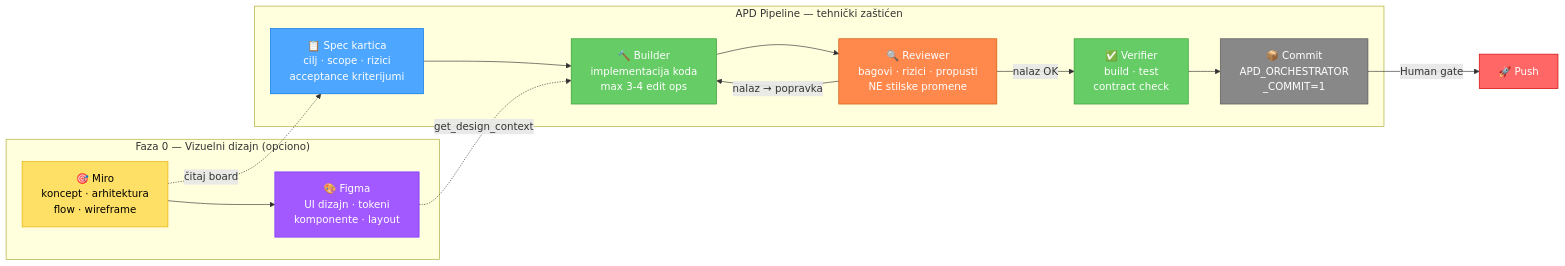
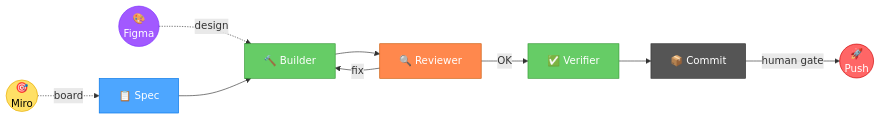
Before and after one commit to zstevovich/claude-apd: the first of 2 diagrams in README.md, drawn with Mermaid. The commit also changed other lines of this file, not shown here.

Commit message:
docs: make Mermaid diagrams more compact and cleaner

````diff
--- a/README.md
+++ b/README.md
@@ -14,35 +14,21 @@
 ```mermaid
 graph LR
-    subgraph "Faza 0 — Vizuelni dizajn (opciono)"
-        MIRO["🎯 Miro<br/>koncept · arhitektura<br/>flow · wireframe"]
-        FIGMA["🎨 Figma<br/>UI dizajn · tokeni<br/>komponente · layout"]
-        MIRO --> FIGMA
-    end
+    MIRO(("🎯<br/>Miro")) -.->|board| SPEC
+    FIGMA(("🎨<br/>Figma")) -.->|design| BUILDER
 
-    subgraph "APD Pipeline — tehnički zaštićen"
-        SPEC["📋 Spec kartica<br/>cilj · scope · rizici<br/>acceptance kriterijumi"]
-        BUILDER["🔨 Builder<br/>implementacija koda<br/>max 3-4 edit ops"]
-        REVIEWER["🔍 Reviewer<br/>bagovi · rizici · propusti<br/>NE stilske promene"]
-        VERIFIER["✅ Verifier<br/>build · test<br/>contract check"]
-        COMMIT["📦 Commit<br/>APD_ORCHESTRATOR<br/>_COMMIT=1"]
-
-        SPEC --> BUILDER
-        BUILDER --> REVIEWER
-        REVIEWER -->|"nalaz OK"| VERIFIER
-        REVIEWER -->|"nalaz → popravka"| BUILDER
-        VERIFIER --> COMMIT
-    end
-
-    FIGMA -.->|"get_design_context"| BUILDER
-    MIRO -.->|"čitaj board"| SPEC
-    COMMIT -->|"Human gate"| PUSH["🚀 Push"]
+    SPEC["📋 Spec"] --> BUILDER["🔨 Builder"]
+    BUILDER --> REVIEWER["🔍 Reviewer"]
+    REVIEWER -->|OK| VERIFIER["✅ Verifier"]
+    REVIEWER -->|fix| BUILDER
+    VERIFIER --> COMMIT["📦 Commit"]
+    COMMIT -->|human gate| PUSH(("🚀<br/>Push"))
 
     style MIRO fill:#ffe066,stroke:#e6ac00,color:#000
     style FIGMA fill:#a259ff,stroke:#7b2eff,color:#fff
     style SPEC fill:#4da6ff,stroke:#0073e6,color:#fff
     style BUILDER fill:#66cc66,stroke:#339933,color:#fff
     style REVIEWER fill:#ff884d,stroke:#cc5500,color:#fff
     style VERIFIER fill:#66cc66,stroke:#339933,color:#fff
-    style COMMIT fill:#888,stroke:#555,color:#fff
+    style COMMIT fill:#555,stroke:#333,color:#fff
     style PUSH fill:#ff6666,stroke:#cc0000,color:#fff
 ```
````
